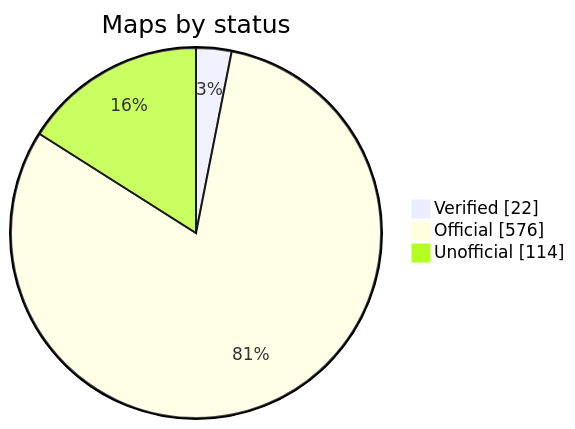
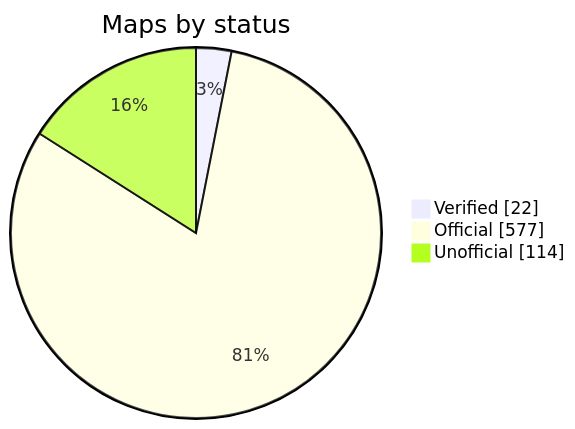
Before and after one commit to nobrega8/mbmap-library: the diagram in README.md, drawn with Mermaid. The commit also changed 6 other files, not shown here.

````diff
--- a/README.md
+++ b/README.md
@@ -52,7 +52,7 @@
 ```mermaid
 pie showData
     title Maps by status
     "Verified" : 22
-    "Official" : 576
+    "Official" : 577
     "Unofficial" : 114
 ```
````
